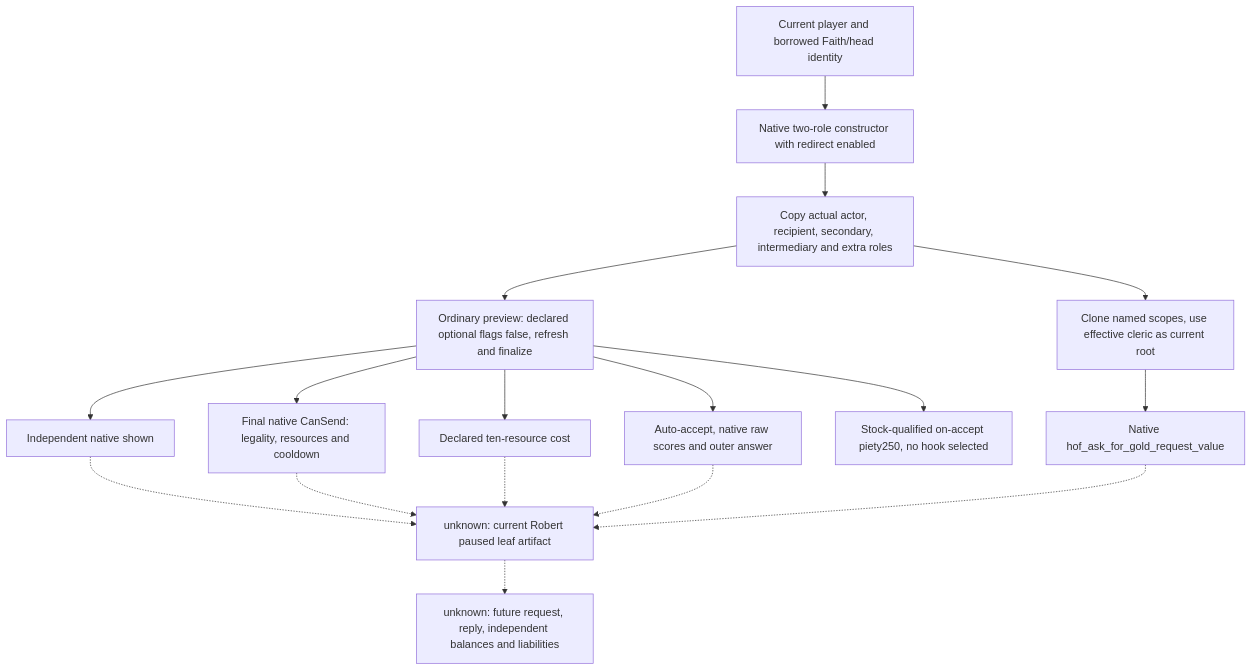
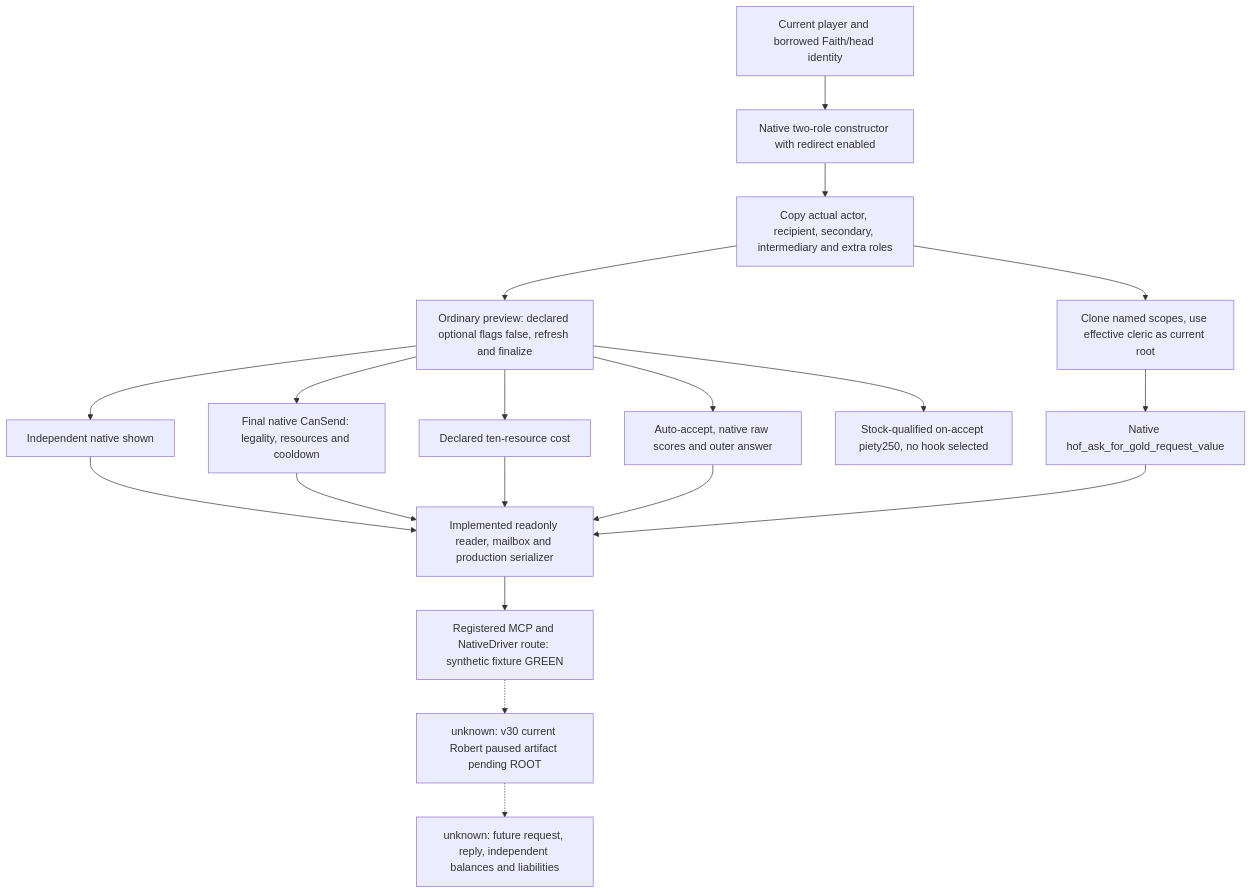
Before and after one commit to XenoAmess/ck3_eternal_recurrence: the diagram in docs/ck3-native-ai/religion-catholic-head-of-faith-gold-native-ai-12003.md, drawn with Mermaid. The commit also changed other lines of this file and 21 other files, not shown here.

````diff
--- a/docs/ck3-native-ai/religion-catholic-head-of-faith-gold-native-ai-12003.md
+++ b/docs/ck3-native-ai/religion-catholic-head-of-faith-gold-native-ai-12003.md
@@ -46,19 +46,21 @@
 ```mermaid
 flowchart TD
     I[Current player and borrowed Faith/head identity] --> R[Native two-role constructor with redirect enabled]
     R --> ER[Copy actual actor, recipient, secondary, intermediary and extra roles]
     ER --> OP[Ordinary preview: declared optional flags false, refresh and finalize]
     OP --> SH[Independent native shown]
     OP --> CS[Final native CanSend: legality, resources and cooldown]
     OP --> CO[Declared ten-resource cost]
     OP --> AC[Auto-accept, native raw scores and outer answer]
     ER --> QS[Clone named scopes, use effective cleric as current root]
     QS --> Q[Native hof_ask_for_gold_request_value]
     OP --> F[Stock-qualified on-accept piety250, no hook selected]
-    SH -.-> ACT[unknown: current Robert paused leaf artifact]
-    CS -.-> ACT
-    CO -.-> ACT
-    AC -.-> ACT
-    Q -.-> ACT
+    SH --> LEAF[Implemented readonly reader, mailbox and production serializer]
+    CS --> LEAF
+    CO --> LEAF
+    AC --> LEAF
+    Q --> LEAF
+    LEAF --> ROUTE[Registered MCP and NativeDriver route: synthetic fixture GREEN]
+    ROUTE -.-> ACT[unknown: v30 current Robert paused artifact pending ROOT]
     ACT -.-> OODA[unknown: future request, reply, independent balances and liabilities]
 ```
````
